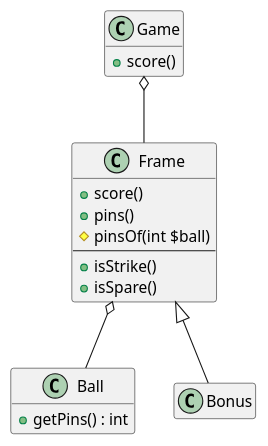
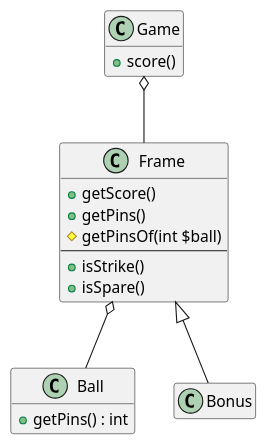
The diagram in doc/class_diagram.pu (yokenzan/tdd_excercise.bowling_game), drawn with PlantUML before and after one commit.

Commit message:
Fix method signatures of class diagram

```diff
--- a/doc/class_diagram.pu
+++ b/doc/class_diagram.pu
@@ -1,33 +1,33 @@
 @startuml
 
 hide empty members
 skinparam shadowing    false
 skinparam packageStyle rect
 
 
 class "Game" as game {
     +score()
 }
 
 class "Frame" as frame {
-    +score()
-    +pins()
-    #pinsOf(int $ball)
+    +getScore()
+    +getPins()
+    #getPinsOf(int $ball)
     --
     +isStrike()
     +isSpare()
 }
 
 class "Ball" as ball {
     +getPins() : int
 }
 
 class "Bonus" as bonus {
 }
 
 game  o--  frame
 frame <|-- bonus
 frame o--  ball
 
 
 @enduml
```
